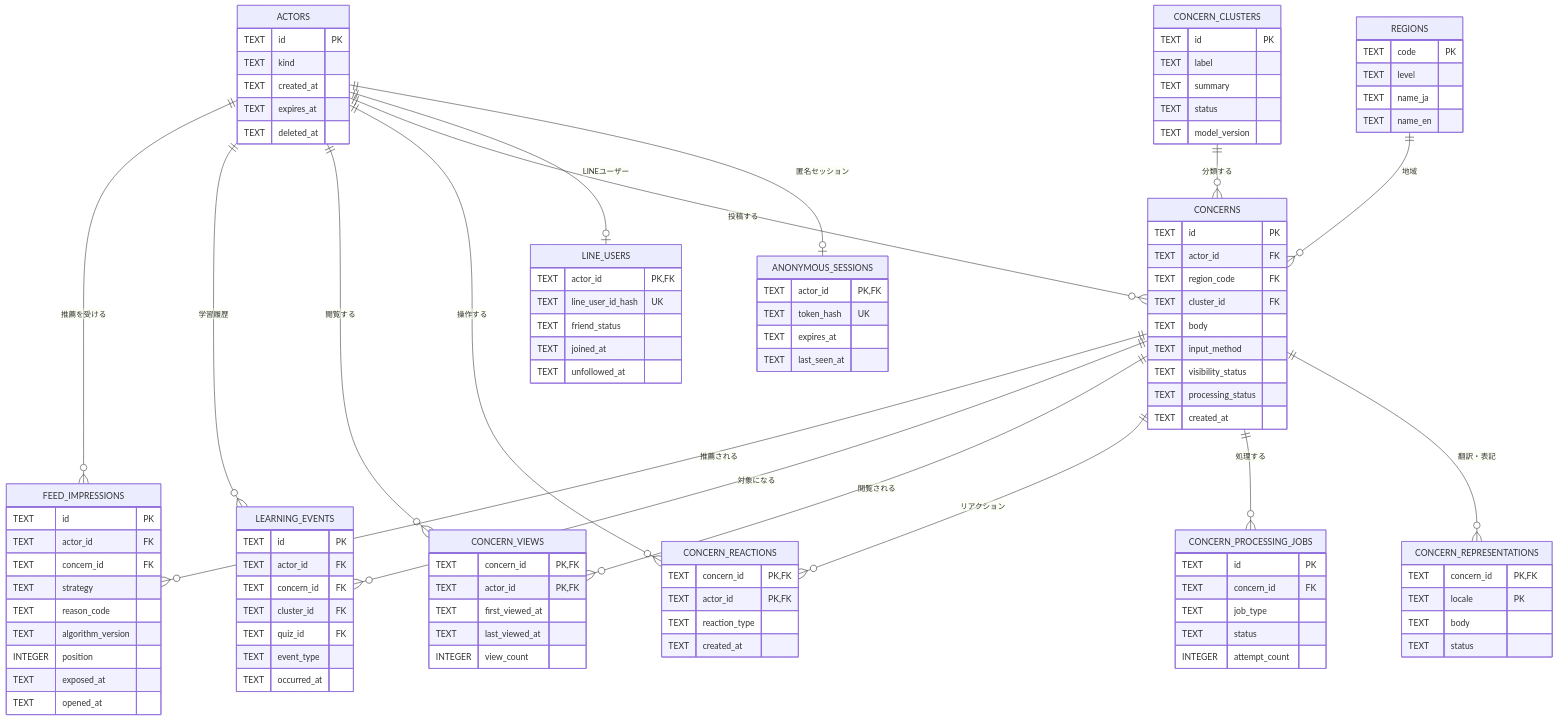
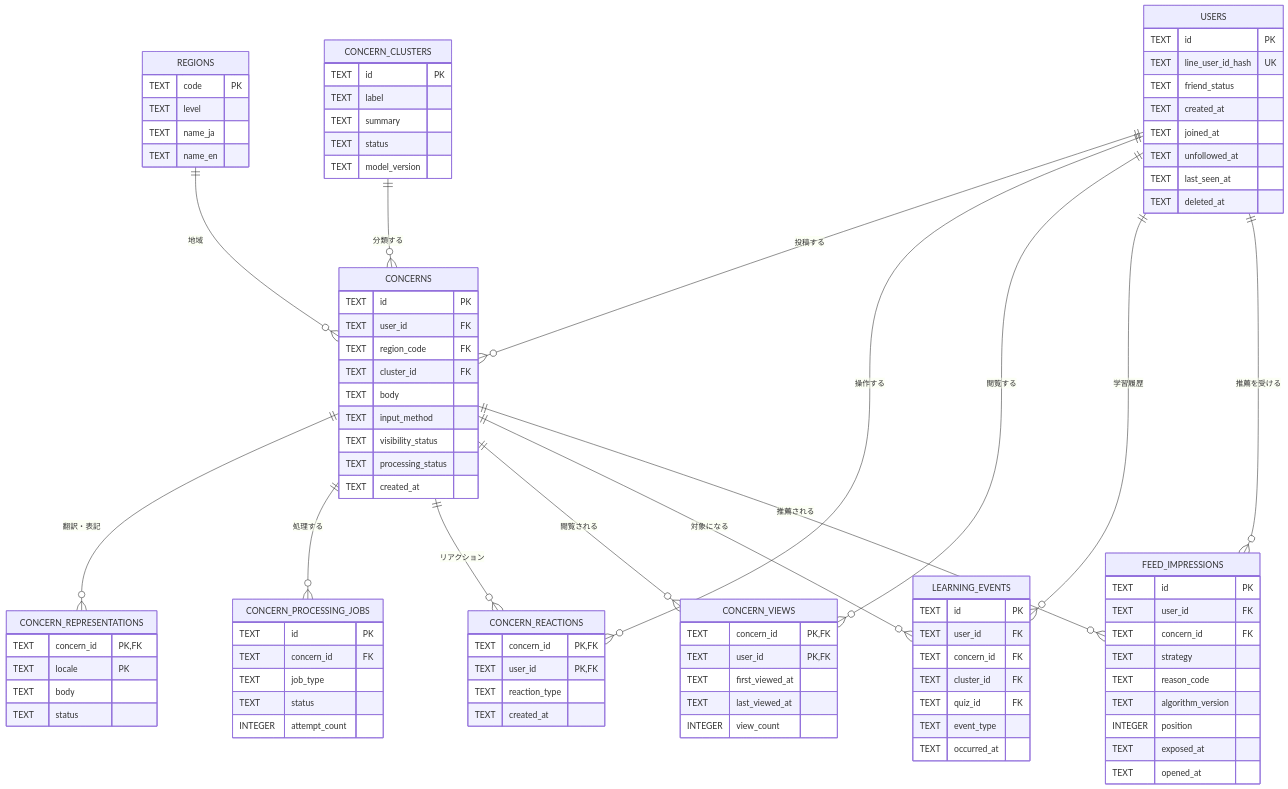
The first of 3 diagrams in docs/technical/database.md (Digix00/58-Hackathon-202609), drawn with Mermaid before and after one commit. The commit also changed other lines of this file, not shown here.

Commit message:
docs: model LINE broadcast attempts and users

````diff
--- a/docs/technical/database.md
+++ b/docs/technical/database.md
@@ -47,42 +58,28 @@
 ```mermaid
 erDiagram
-  ACTORS ||--o| ANONYMOUS_SESSIONS : "匿名セッション"
-  ACTORS ||--o| LINE_USERS : "LINEユーザー"
-  ACTORS ||--o{ CONCERNS : "投稿する"
+  USERS ||--o{ CONCERNS : "投稿する"
   REGIONS ||--o{ CONCERNS : "地域"
   CONCERN_CLUSTERS ||--o{ CONCERNS : "分類する"
   CONCERNS ||--o{ CONCERN_REPRESENTATIONS : "翻訳・表記"
   CONCERNS ||--o{ CONCERN_PROCESSING_JOBS : "処理する"
   CONCERNS ||--o{ CONCERN_REACTIONS : "リアクション"
-  ACTORS ||--o{ CONCERN_REACTIONS : "操作する"
+  USERS ||--o{ CONCERN_REACTIONS : "操作する"
   CONCERNS ||--o{ CONCERN_VIEWS : "閲覧される"
-  ACTORS ||--o{ CONCERN_VIEWS : "閲覧する"
-  ACTORS ||--o{ LEARNING_EVENTS : "学習履歴"
+  USERS ||--o{ CONCERN_VIEWS : "閲覧する"
+  USERS ||--o{ LEARNING_EVENTS : "学習履歴"
   CONCERNS ||--o{ LEARNING_EVENTS : "対象になる"
-  ACTORS ||--o{ FEED_IMPRESSIONS : "推薦を受ける"
+  USERS ||--o{ FEED_IMPRESSIONS : "推薦を受ける"
   CONCERNS ||--o{ FEED_IMPRESSIONS : "推薦される"
 
-  ACTORS {
+  USERS {
     TEXT id PK
-    TEXT kind
-    TEXT created_at
-    TEXT expires_at
-    TEXT deleted_at
-  }
-
-  ANONYMOUS_SESSIONS {
-    TEXT actor_id PK, FK
-    TEXT token_hash UK
-    TEXT expires_at
-    TEXT last_seen_at
-  }
-
-  LINE_USERS {
-    TEXT actor_id PK, FK
     TEXT line_user_id_hash UK
     TEXT friend_status
+    TEXT created_at
     TEXT joined_at
     TEXT unfollowed_at
+    TEXT last_seen_at
+    TEXT deleted_at
   }
 
   REGIONS {
@@ -94,7 +91,7 @@
 
   CONCERNS {
     TEXT id PK
-    TEXT actor_id FK
+    TEXT user_id FK
     TEXT region_code FK
     TEXT cluster_id FK
     TEXT body
@@ -129,14 +126,14 @@
 
   CONCERN_REACTIONS {
     TEXT concern_id PK, FK
-    TEXT actor_id PK, FK
+    TEXT user_id PK, FK
     TEXT reaction_type
     TEXT created_at
   }
 
   CONCERN_VIEWS {
     TEXT concern_id PK, FK
-    TEXT actor_id PK, FK
+    TEXT user_id PK, FK
     TEXT first_viewed_at
     TEXT last_viewed_at
     INTEGER view_count
@@ -144,7 +141,7 @@
 
   LEARNING_EVENTS {
     TEXT id PK
-    TEXT actor_id FK
+    TEXT user_id FK
     TEXT concern_id FK
     TEXT cluster_id FK
     TEXT quiz_id FK
@@ -154,7 +151,7 @@
 
   FEED_IMPRESSIONS {
     TEXT id PK
-    TEXT actor_id FK
+    TEXT user_id FK
     TEXT concern_id FK
     TEXT strategy
     TEXT reason_code
````
